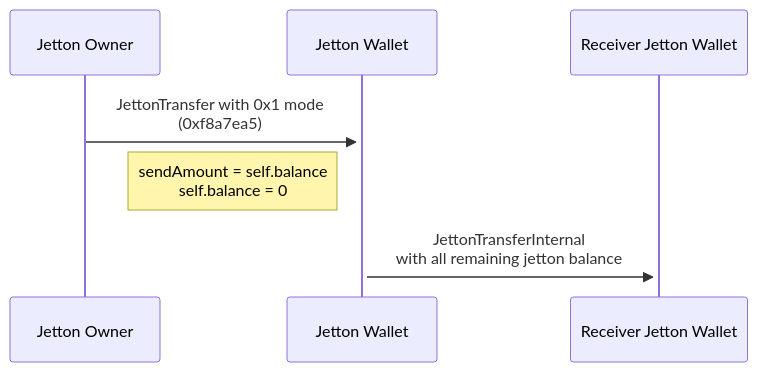
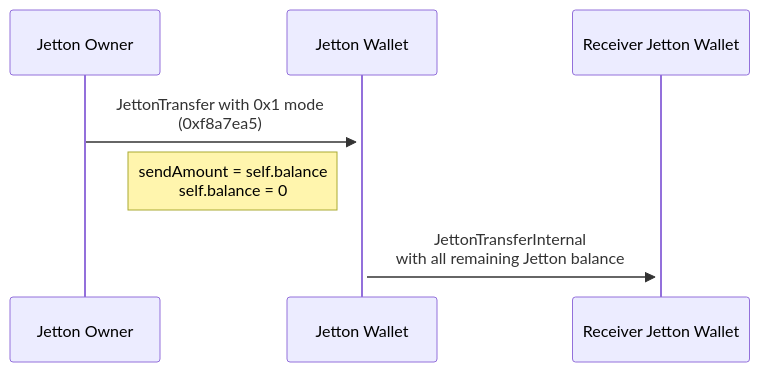
One commit to tact-lang/jetton changed the first of 4 diagrams in docs/feature-rich.md. Above: the diagram before and after it, drawn with Mermaid. The commit also changed other lines of this file, not shown here.

````diff
--- a/docs/feature-rich.md
+++ b/docs/feature-rich.md
@@ -34,11 +34,11 @@
 ```mermaid
 sequenceDiagram
     participant D as Jetton Owner
     participant C as Jetton Wallet
     participant E as Receiver Jetton Wallet
 
 
     D ->>+ C: JettonTransfer with 0x1 mode<BR />(0xf8a7ea5)
     Note left of C: sendAmount = self.balance<br>self.balance = 0
-    C ->>+ E: JettonTransferInternal <BR> with all remaining jetton balance
+    C ->>+ E: JettonTransferInternal <BR> with all remaining Jetton balance
 ```
````
